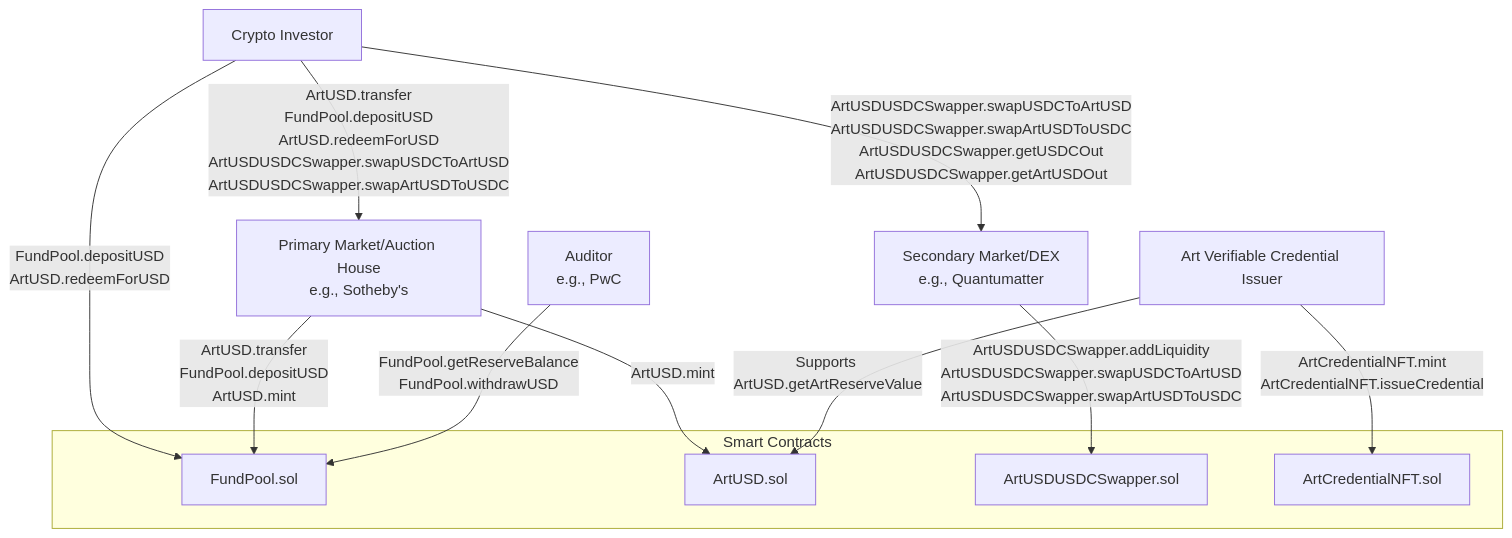
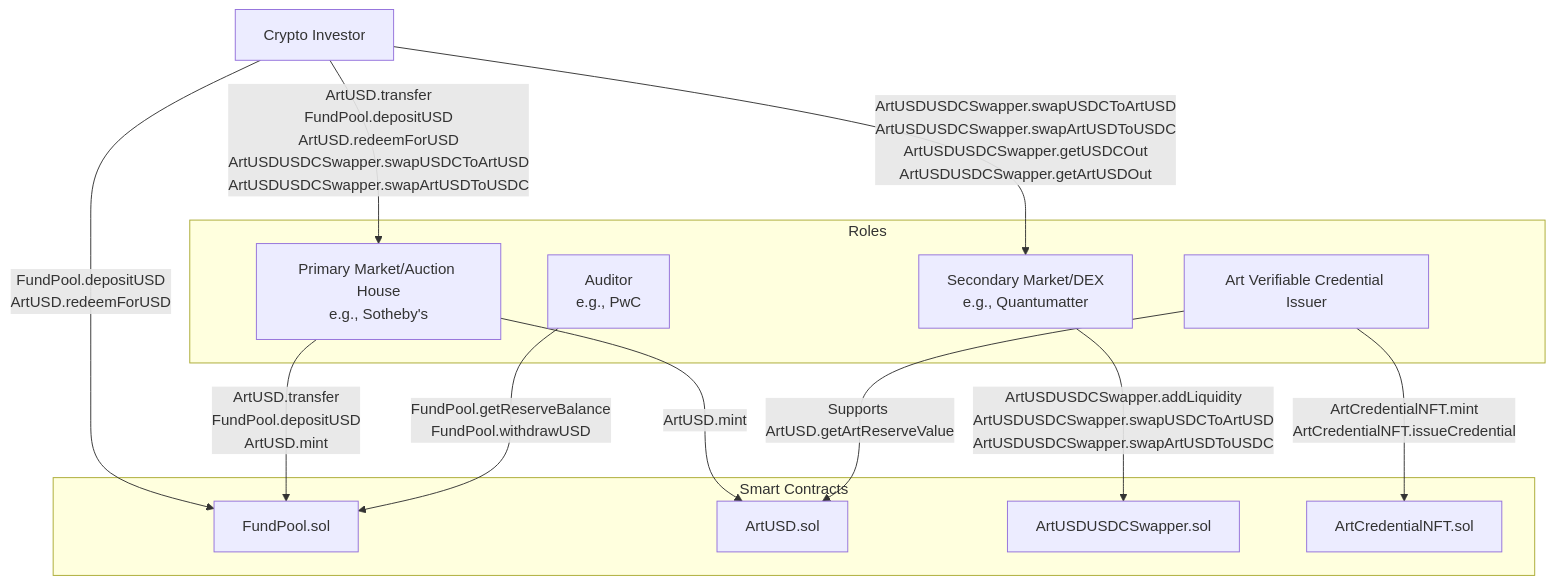
Before and after one commit to realmatterio/ArtUSD: the diagram in README.md, drawn with Mermaid. The commit also changed other lines of this file, not shown here.

````diff
--- a/README.md
+++ b/README.md
@@ -49,23 +57,32 @@
 ```mermaid
 graph TD
+
     A[Crypto Investor] -->|ArtUSD.transfer<br>FundPool.depositUSD<br>ArtUSD.redeemForUSD<br>ArtUSDUSDCSwapper.swapUSDCToArtUSD<br>ArtUSDUSDCSwapper.swapArtUSDToUSDC| B[Primary Market/Auction House<br>e.g., Sotheby's]
+
     A -->|ArtUSDUSDCSwapper.swapUSDCToArtUSD<br>ArtUSDUSDCSwapper.swapArtUSDToUSDC<br>ArtUSDUSDCSwapper.getUSDCOut<br>ArtUSDUSDCSwapper.getArtUSDOut| C[Secondary Market/DEX<br>e.g., Quantumatter]
     A -->|FundPool.depositUSD<br>ArtUSD.redeemForUSD| D[FundPool.sol]
+
+    subgraph Roles
+        B[Primary Market/Auction House<br>e.g., Sotheby's]
+        C[Secondary Market/DEX<br>e.g., Quantumatter]
+        G[Art Verifiable Credential Issuer]
+        I[Auditor<br>e.g., PwC]
+    end
     
     B -->|ArtUSD.transfer<br>FundPool.depositUSD<br>ArtUSD.mint| D
     B -->|ArtUSD.mint| E[ArtUSD.sol]
     
     C -->|ArtUSDUSDCSwapper.addLiquidity<br>ArtUSDUSDCSwapper.swapUSDCToArtUSD<br>ArtUSDUSDCSwapper.swapArtUSDToUSDC| F[ArtUSDUSDCSwapper.sol]
     
     G[Art Verifiable Credential Issuer] -->|ArtCredentialNFT.mint<br>ArtCredentialNFT.issueCredential| H[ArtCredentialNFT.sol]
     G -->|Supports ArtUSD.getArtReserveValue| E
     
     I[Auditor<br>e.g., PwC] -->|FundPool.getReserveBalance<br>FundPool.withdrawUSD| D
     
     subgraph Smart Contracts
         E[ArtUSD.sol]
         D[FundPool.sol]
         F[ArtUSDUSDCSwapper.sol]
         H[ArtCredentialNFT.sol]
     end
 ```
````
